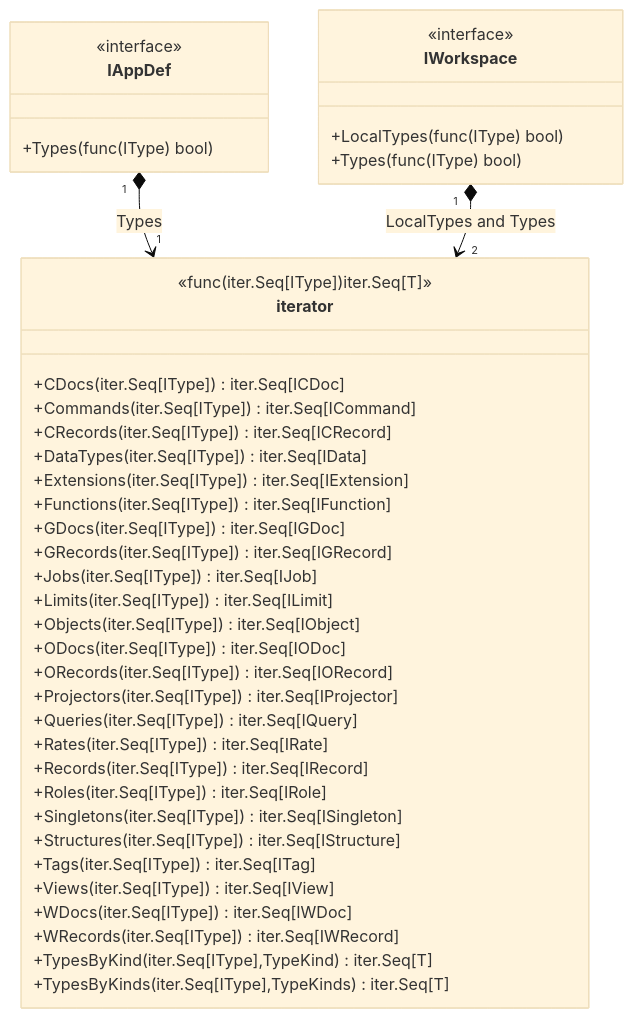
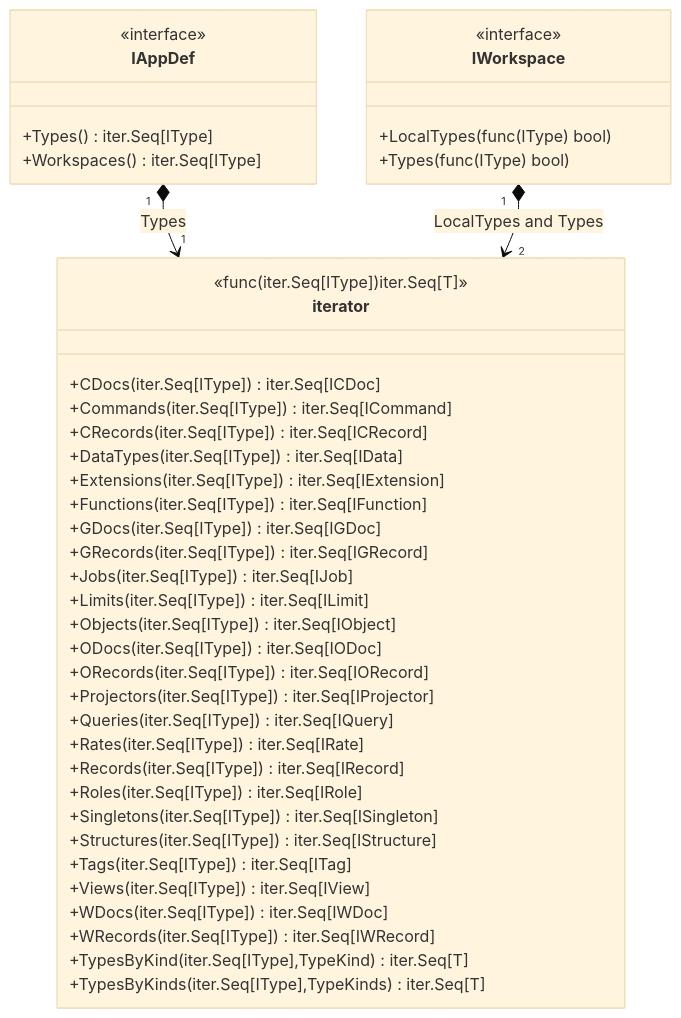
Before and after one commit to voedger/voedger: the second of 9 diagrams in pkg/appdef/README.md, drawn with Mermaid (base theme). The commit also changed other lines of this file, not shown here.

````diff
--- a/pkg/appdef/README.md
+++ b/pkg/appdef/README.md
@@ -201,49 +201,50 @@
 ```mermaid
 classDiagram
 
   class IAppDef {
     <<interface>>
-    +Types(func(IType) bool)
+    +Types() iter.Seq[IType]
+    +Workspaces() iter.Seq[IType]
   }
   IAppDef "1" *--> "1" iterator : Types
 
   class IWorkspace {
     <<interface>>
     +LocalTypes(func(IType) bool)
     +Types(func(IType) bool)
   }
   IWorkspace "1" *--> "2" iterator : LocalTypes and Types
 
   class iterator {
     <<func(iter.Seq[IType])iter.Seq[T]>>
     
     +CDocs(iter.Seq[IType]) iter.Seq[ICDoc]
     +Commands(iter.Seq[IType]) iter.Seq[ICommand]
     +CRecords(iter.Seq[IType]) iter.Seq[ICRecord]
     +DataTypes(iter.Seq[IType]) iter.Seq[IData]
     +Extensions(iter.Seq[IType]) iter.Seq[IExtension]
     +Functions(iter.Seq[IType]) iter.Seq[IFunction]
     +GDocs(iter.Seq[IType]) iter.Seq[IGDoc]
     +GRecords(iter.Seq[IType]) iter.Seq[IGRecord]
     +Jobs(iter.Seq[IType]) iter.Seq[IJob]
     +Limits(iter.Seq[IType]) iter.Seq[ILimit]
     +Objects(iter.Seq[IType]) iter.Seq[IObject]
     +ODocs(iter.Seq[IType]) iter.Seq[IODoc]
     +ORecords(iter.Seq[IType]) iter.Seq[IORecord]
     +Projectors(iter.Seq[IType]) iter.Seq[IProjector]
     +Queries(iter.Seq[IType]) iter.Seq[IQuery]
     +Rates(iter.Seq[IType]) iter.Seq[IRate]
     +Records(iter.Seq[IType]) iter.Seq[IRecord]
     +Roles(iter.Seq[IType]) iter.Seq[IRole]
     +Singletons(iter.Seq[IType]) iter.Seq[ISingleton]
     +Structures(iter.Seq[IType]) iter.Seq[IStructure]
     +Tags(iter.Seq[IType]) iter.Seq[ITag]
     +Views(iter.Seq[IType]) iter.Seq[IView]
     +WDocs(iter.Seq[IType]) iter.Seq[IWDoc]
     +WRecords(iter.Seq[IType]) iter.Seq[IWRecord]
 
     +TypesByKind(iter.Seq[IType],TypeKind) iter.Seq[T]
     +TypesByKinds(iter.Seq[IType],TypeKinds) iter.Seq[T]
   }
 
 ```
````
